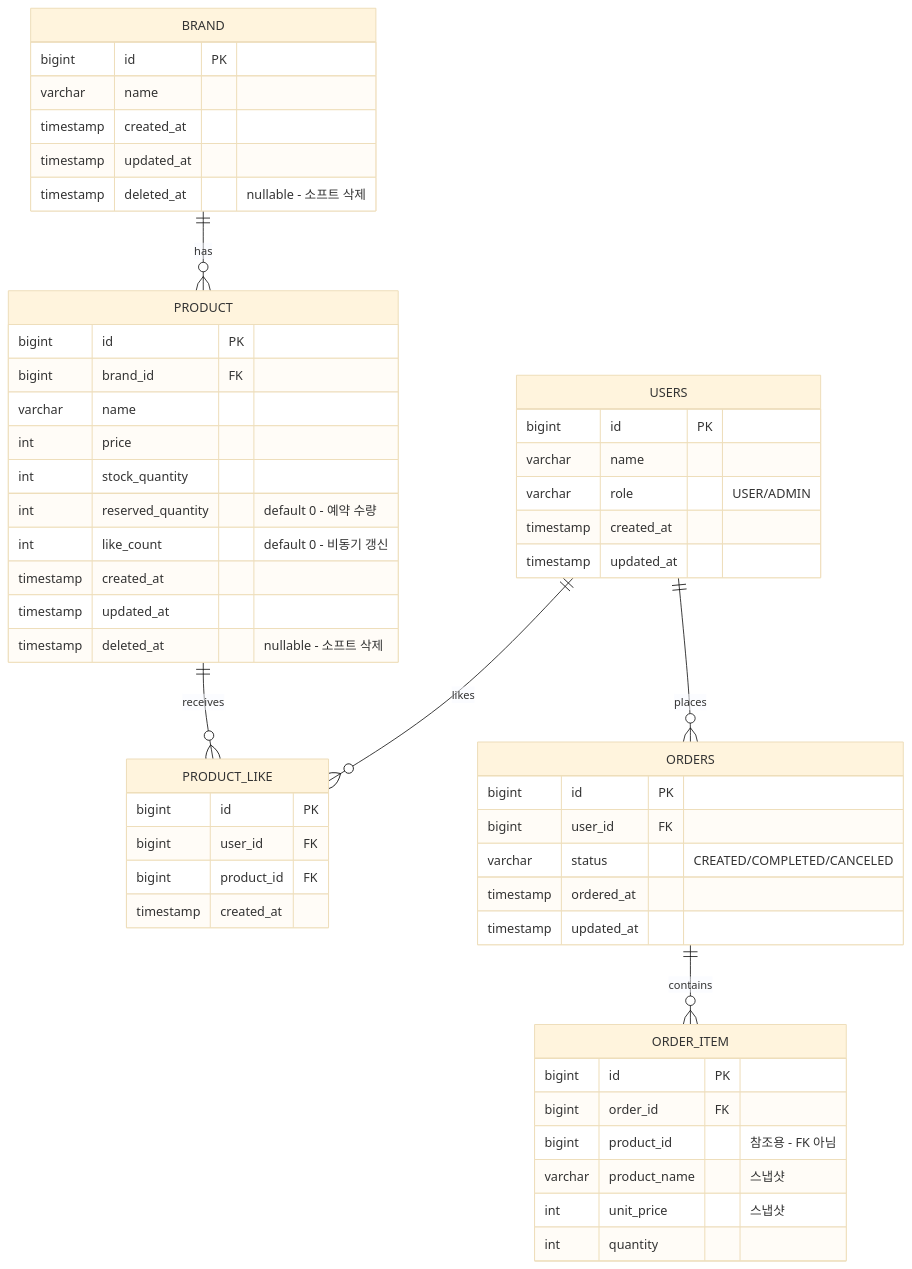
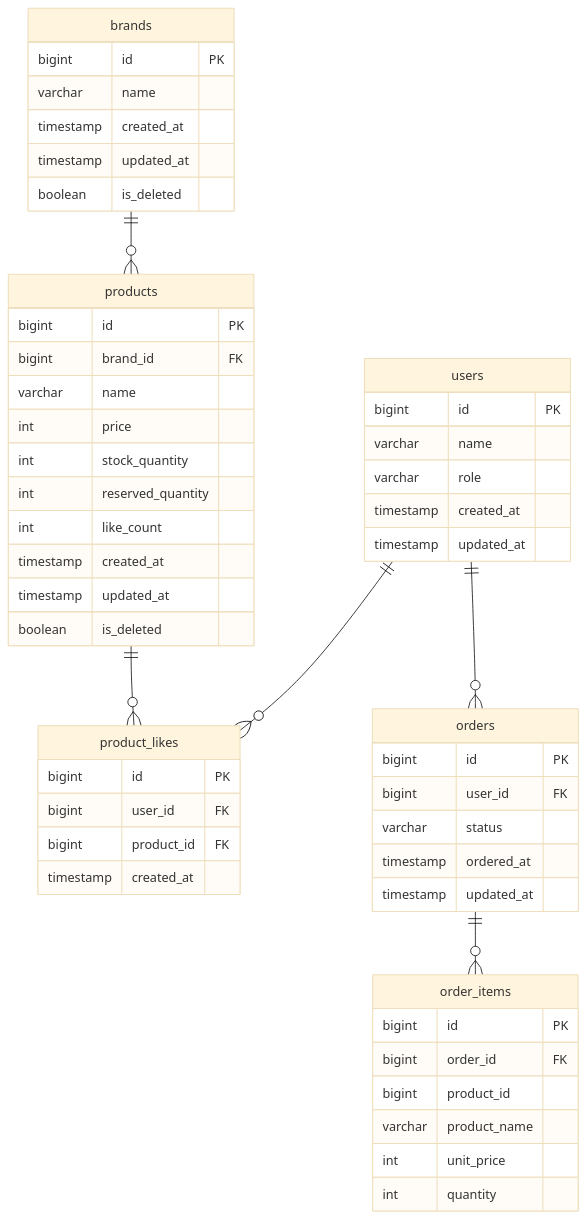
The diagram in docs/design/04-erd.md (kimjunyoung90/loop-pack-be-l2-vol3-java), drawn with Mermaid (base theme) before and after one commit. The commit also changed other lines of this file, not shown here.

Commit message:
docs: erd update

````diff
--- a/docs/design/04-erd.md
+++ b/docs/design/04-erd.md
@@ -5,61 +5,61 @@
 ```mermaid
 erDiagram
-    USERS {
+    users {
         bigint id PK
         varchar name
-        varchar role "USER/ADMIN"
+        varchar role
         timestamp created_at
         timestamp updated_at
     }
 
-    BRAND {
+    brands {
         bigint id PK
         varchar name
         timestamp created_at
         timestamp updated_at
-        timestamp deleted_at "nullable - 소프트 삭제"
+        boolean is_deleted
     }
 
-    PRODUCT {
+    products {
         bigint id PK
         bigint brand_id FK
         varchar name
         int price
         int stock_quantity
-        int reserved_quantity "default 0 - 예약 수량"
-        int like_count "default 0 - 비동기 갱신"
+        int reserved_quantity
+        int like_count
         timestamp created_at
         timestamp updated_at
-        timestamp deleted_at "nullable - 소프트 삭제"
+        boolean is_deleted
     }
 
-    PRODUCT_LIKE {
+    product_likes {
         bigint id PK
         bigint user_id FK
         bigint product_id FK
         timestamp created_at
     }
 
-    ORDERS {
+    orders {
         bigint id PK
         bigint user_id FK
-        varchar status "CREATED/COMPLETED/CANCELED"
+        varchar status
         timestamp ordered_at
         timestamp updated_at
     }
 
-    ORDER_ITEM {
+    order_items {
         bigint id PK
         bigint order_id FK
-        bigint product_id "참조용 - FK 아님"
-        varchar product_name "스냅샷"
-        int unit_price "스냅샷"
+        bigint product_id
+        varchar product_name
+        int unit_price
         int quantity
     }
 
-    USERS ||--o{ PRODUCT_LIKE : "likes"
-    USERS ||--o{ ORDERS : "places"
-    BRAND ||--o{ PRODUCT : "has"
-    PRODUCT ||--o{ PRODUCT_LIKE : "receives"
-    ORDERS ||--o{ ORDER_ITEM : "contains"
+    users ||--o{ product_likes : ""
+    users ||--o{ orders : ""
+    brands ||--o{ products : ""
+    products ||--o{ product_likes : ""
+    orders ||--o{ order_items : ""
 ```
````
